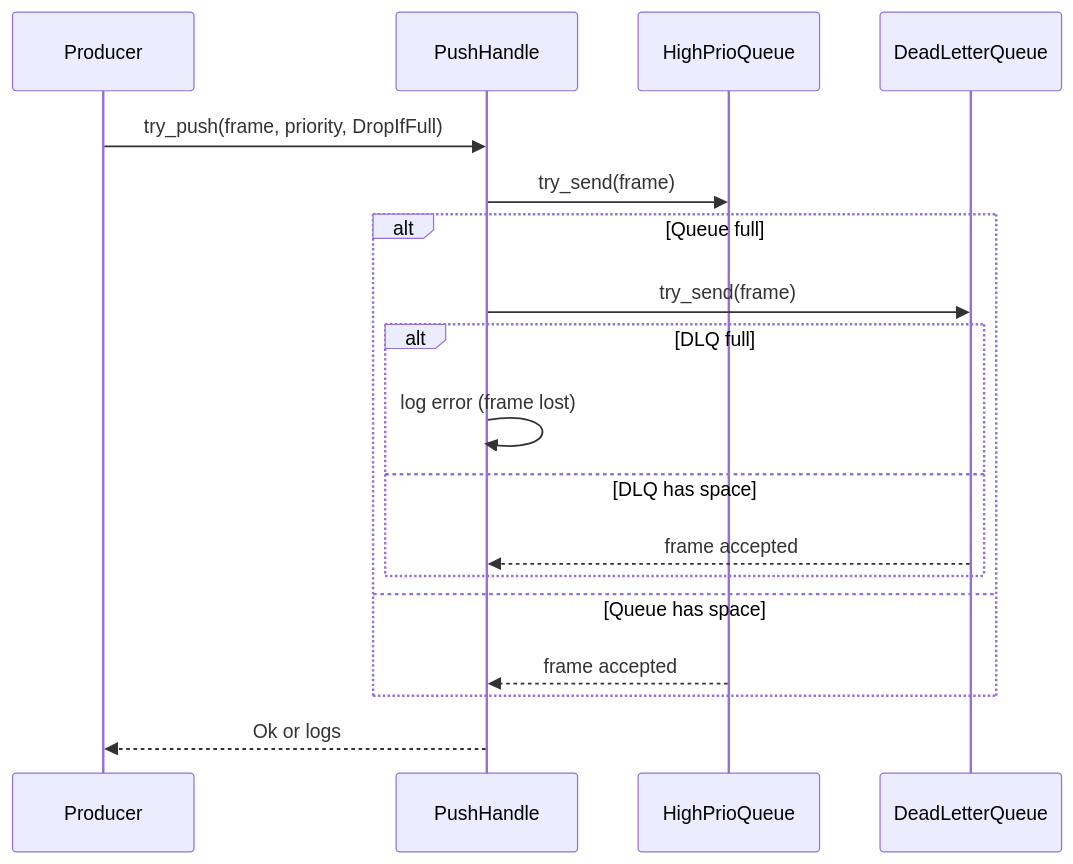
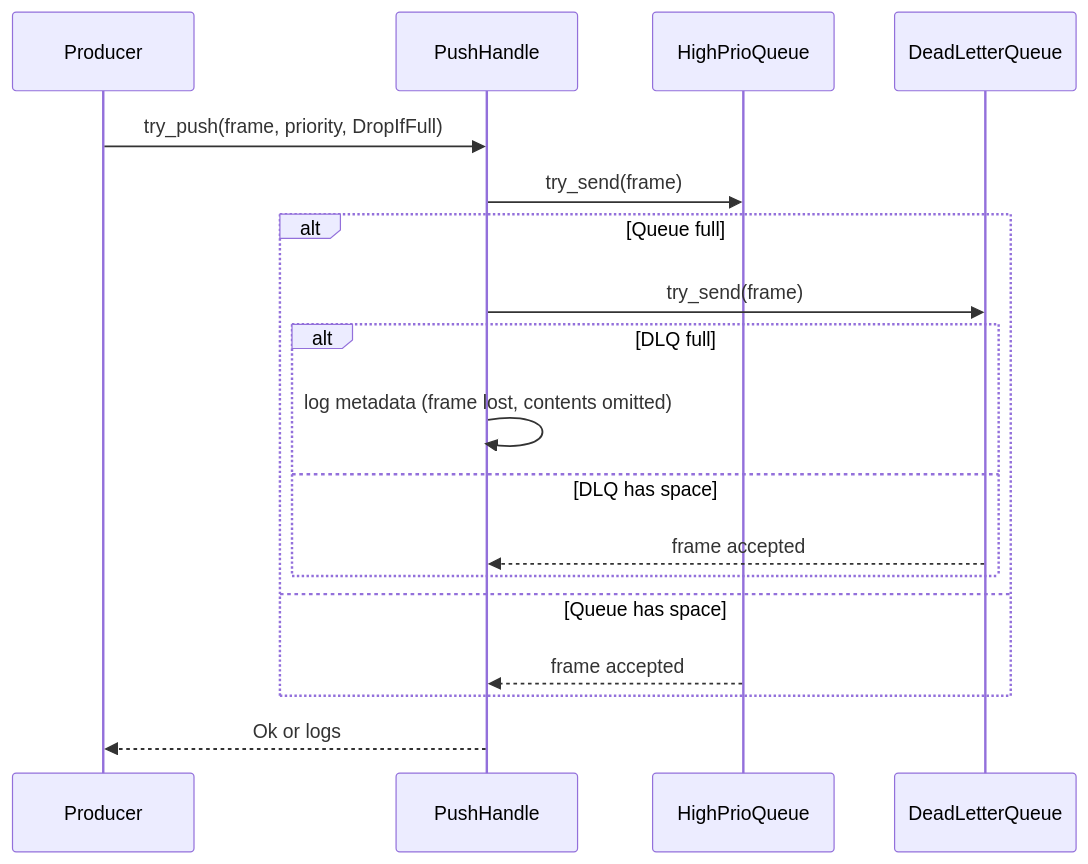
One commit to leynos/wireframe changed diagram 11 of 16 in docs/asynchronous-outbound-messaging-design.md. Above: the diagram before and after it, drawn with Mermaid. The commit also changed other lines of this file and 5 other files, not shown here.

````diff
--- a/docs/asynchronous-outbound-messaging-design.md
+++ b/docs/asynchronous-outbound-messaging-design.md
@@ -734,20 +749,20 @@
 ```mermaid
 sequenceDiagram
     participant Producer
     participant PushHandle
     participant HighPrioQueue
     participant DLQ as DeadLetterQueue
     Producer->>PushHandle: try_push(frame, priority, DropIfFull)
     PushHandle->>HighPrioQueue: try_send(frame)
     alt Queue full
         PushHandle->>DLQ: try_send(frame)
         alt DLQ full
-            PushHandle->>PushHandle: log error (frame lost)
+            PushHandle->>PushHandle: log metadata (frame lost, contents omitted)
         else DLQ has space
             DLQ-->>PushHandle: frame accepted
         end
     else Queue has space
         HighPrioQueue-->>PushHandle: frame accepted
     end
     PushHandle-->>Producer: Ok or logs
 ```
````
